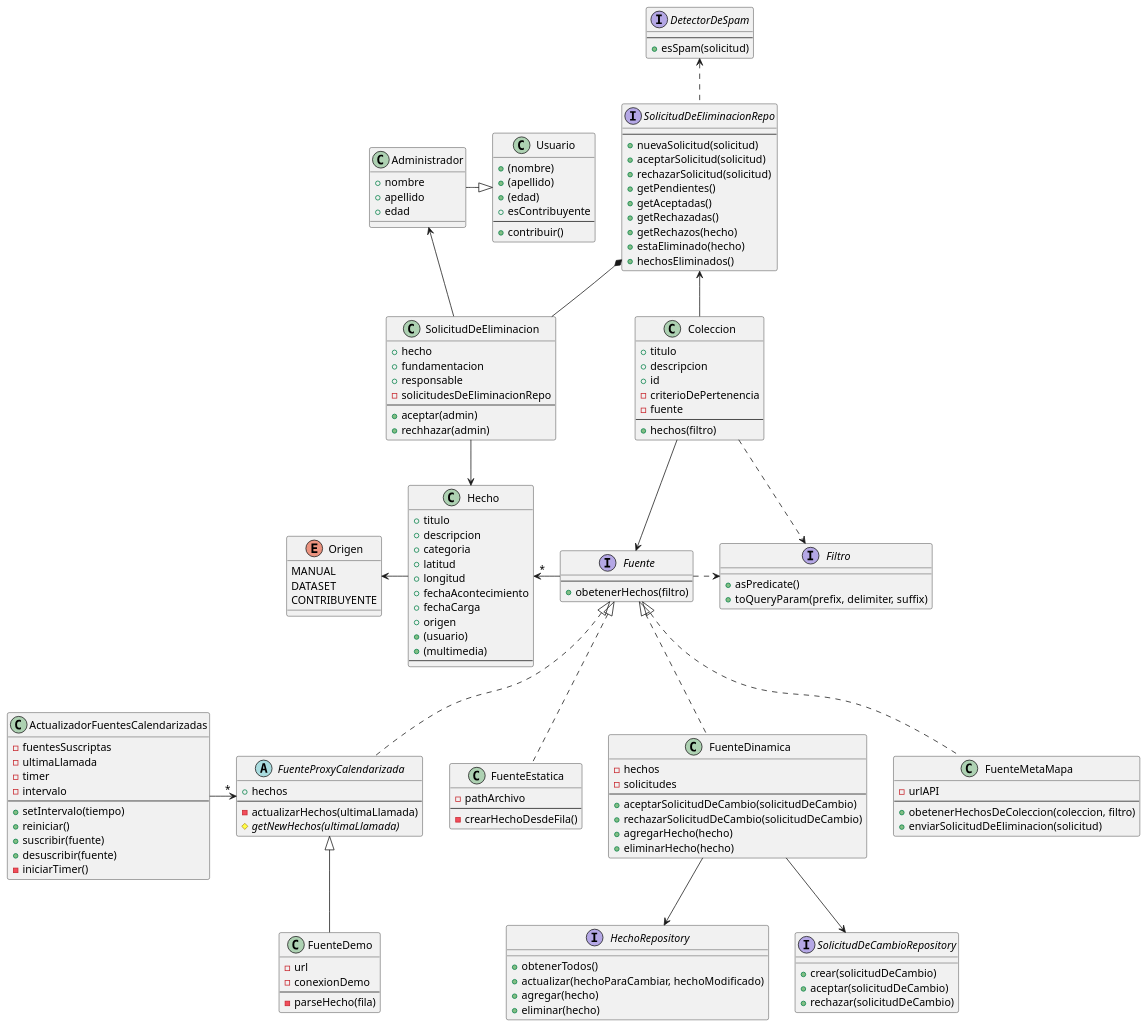
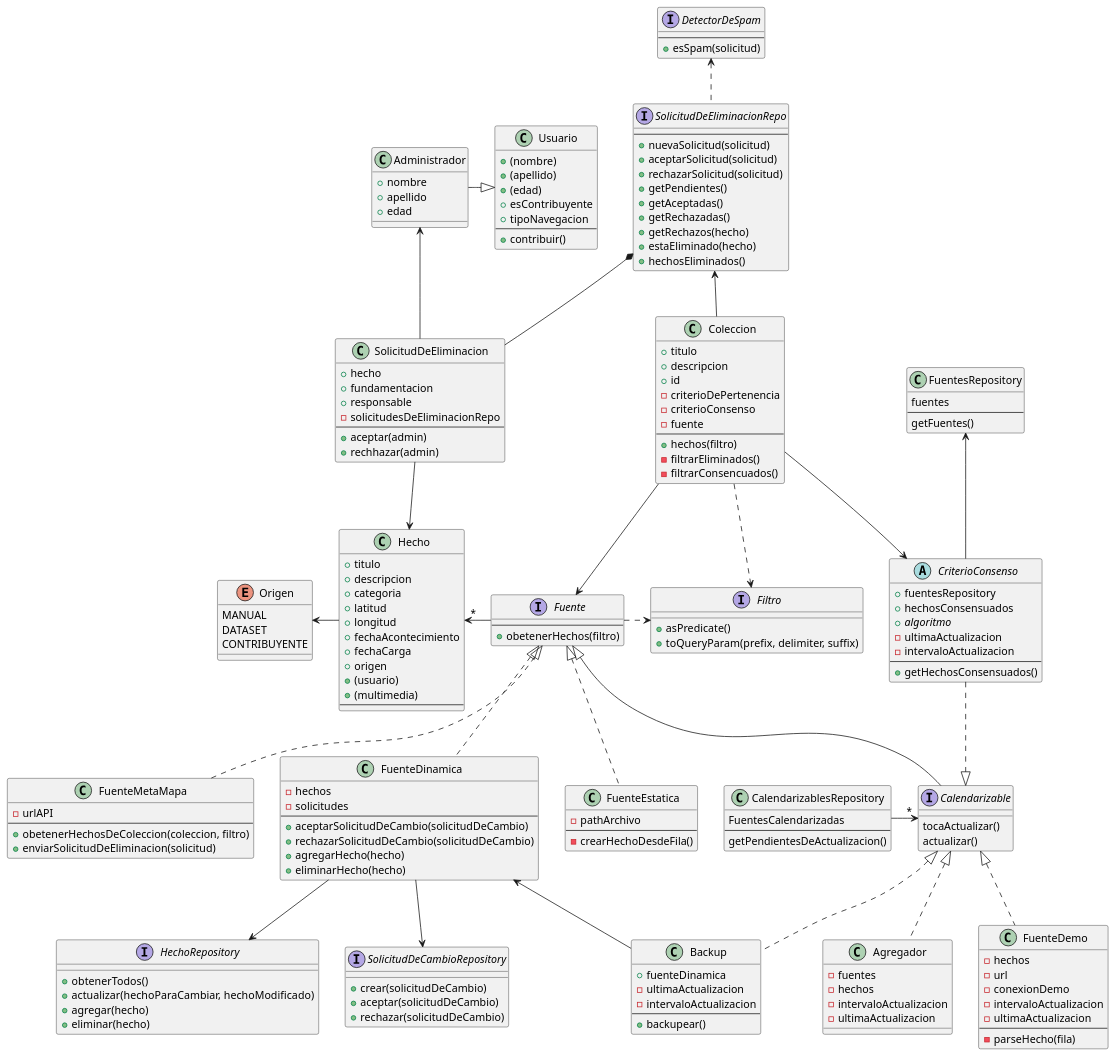
Before and after one commit to lrizzitano/Metamapa: the diagram in diagramas/diagrama-clases.puml, drawn with PlantUML.

Commit message:
actualizo diagrama para la entrega 3

```diff
--- a/diagramas/diagrama-clases.puml
+++ b/diagramas/diagrama-clases.puml
@@ -5,6 +5,7 @@
     +(apellido)
     +(edad)
     +esContribuyente
+    +tipoNavegacion
     --
     +contribuir()
 }
@@ -49,9 +50,36 @@
     +descripcion
     +id
     -criterioDePertenencia
+    -criterioConsenso
     -fuente
     --
     +hechos(filtro)
+    -filtrarEliminados()
+    -filtrarConsencuados()
+}
+
+abstract class CriterioConsenso {
+    +fuentesRepository
+    +hechosConsensuados
+    +algoritmo {abstract}
+    -ultimaActualizacion
+    -intervaloActualizacion
+    --
+    +getHechosConsensuados()
+}
+
+class Backup {
+    +fuenteDinamica
+    -ultimaActualizacion
+    -intervaloActualizacion
+    --
+    +backupear()
+}
+
+class FuentesRepository {
+    fuentes
+    --
+    getFuentes()
 }
 
 interface Fuente {
@@ -113,16 +141,12 @@
     +rechazar(solicitudDeCambio)
 }
 
-abstract class FuenteProxyCalendarizada {
-    +hechos
-    --
-    -actualizarHechos(ultimaLlamada)
-    #getNewHechos(ultimaLlamada) {abstract}
-}
-
 class FuenteDemo {
+    -hechos
     -url
     -conexionDemo
+    -intervaloActualizacion
+    -ultimaActualizacion
     --
     -parseHecho(fila)
 }
@@ -134,37 +158,50 @@
     +enviarSolicitudDeEliminacion(solicitud)
 }
 
-class ActualizadorFuentesCalendarizadas {
-    -fuentesSuscriptas
-    -ultimaLlamada
-    -timer
-    -intervalo
+class CalendarizablesRepository {
+    FuentesCalendarizadas
     --
-    +setIntervalo(tiempo)
-    +reiniciar()
-    +suscribir(fuente)
-    +desuscribir(fuente)
-    -iniciarTimer()
+    getPendientesDeActualizacion()
 }
 
+interface Calendarizable {
+    tocaActualizar()
+    actualizar()
+}
+
+class Agregador {
+    -fuentes
+    -hechos
+    -intervaloActualizacion
+    -ultimaActualizacion
+}
 
 Administrador -r-|> Usuario
 
 
 Coleccion --> Fuente
 Coleccion .r.> Filtro
+Coleccion --> CriterioConsenso
+
+CriterioConsenso -[hidden]l- Filtro
 
 Fuente -l-> "*" Hecho
 Fuente .r.>Filtro
 
 FuenteEstatica .u.|> Fuente
-FuenteProxyCalendarizada .u.|> Fuente
+Calendarizable -u-|> Fuente
 FuenteMetaMapa .u.|> Fuente
-FuenteDemo -u-|> FuenteProxyCalendarizada
+FuenteDemo .u.|> Calendarizable
 FuenteDinamica .u.|> Fuente
 FuenteDinamica --> HechoRepository
 FuenteDinamica --> SolicitudDeCambioRepository
 
+CriterioConsenso ..|> Calendarizable
+CriterioConsenso -u-> FuentesRepository
+
+Agregador .u.|> Calendarizable
+
+CalendarizablesRepository -r->"*" Calendarizable
 
 Hecho -l-> Origen
 
@@ -175,7 +212,9 @@
 DetectorDeSpam <.. SolicitudDeEliminacionRepo
 SolicitudDeEliminacionRepo <-- Coleccion
 
-ActualizadorFuentesCalendarizadas -r->"*" FuenteProxyCalendarizada
+Backup .u.|> Calendarizable
+Backup -u-> FuenteDinamica
+
 
 
 @enduml
```
